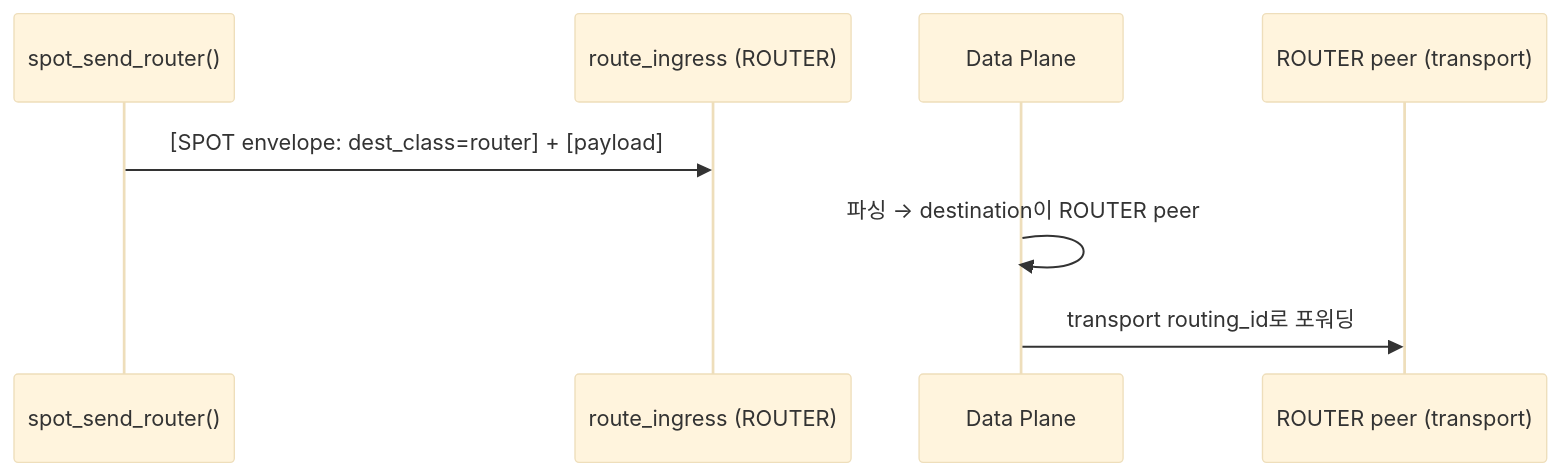
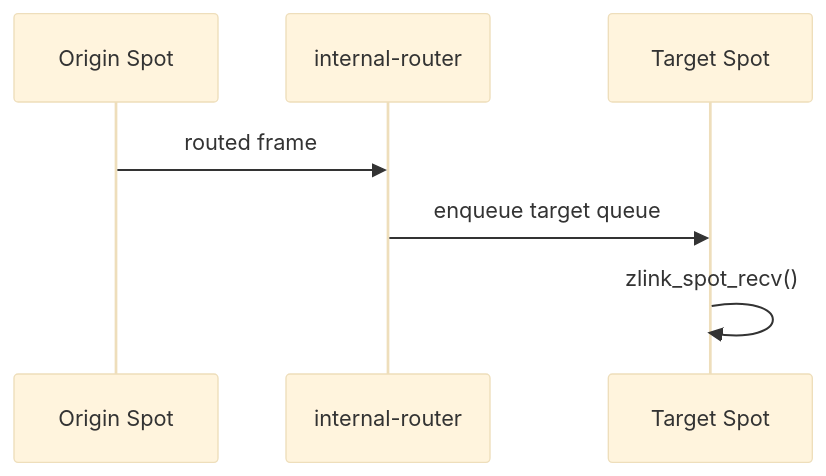
One commit to kairos-code-dev/zlink changed the fourth of 5 diagrams in doc/site/docs/internals/spot-internals.ko.md. Above: the diagram before and after it, drawn with Mermaid (base theme). The commit also changed other lines of this file and 117 other files, not shown here.

````diff
--- a/doc/site/docs/internals/spot-internals.ko.md
+++ b/doc/site/docs/internals/spot-internals.ko.md
@@ -300,11 +172,10 @@
 ```mermaid
 sequenceDiagram
-    participant Spot as spot_send_router()
-    participant RouteIn as route_ingress (ROUTER)
-    participant DP as Data Plane
-    participant Peer as ROUTER peer (transport)
+    participant Sender as Origin Spot
+    participant Internal as internal-router
+    participant Target as Target Spot
 
-    Spot->>RouteIn: [SPOT envelope: dest_class=router] + [payload]
-    DP->>DP: 파싱 → destination이 ROUTER peer
-    DP->>Peer: transport routing_id로 포워딩
+    Sender->>Internal: routed frame
+    Internal->>Target: enqueue target queue
+    Target->>Target: zlink_spot_recv()
 ```
````
